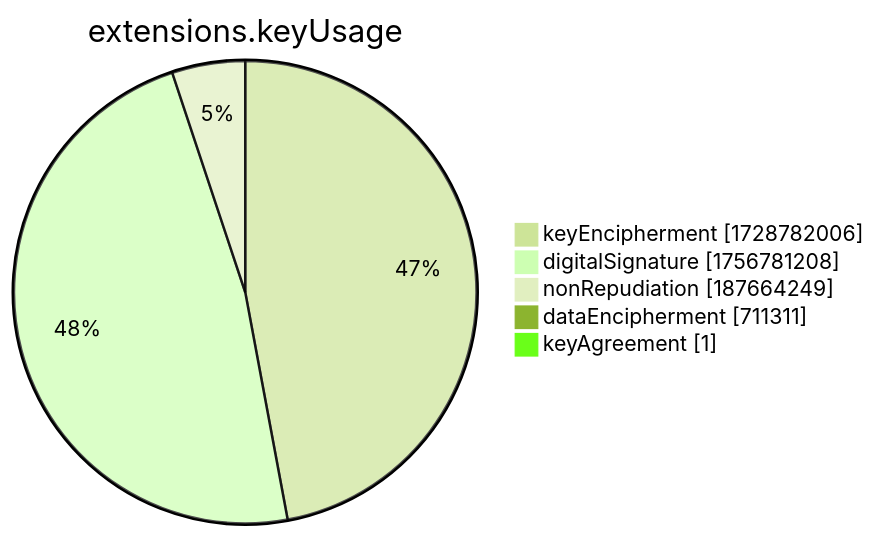
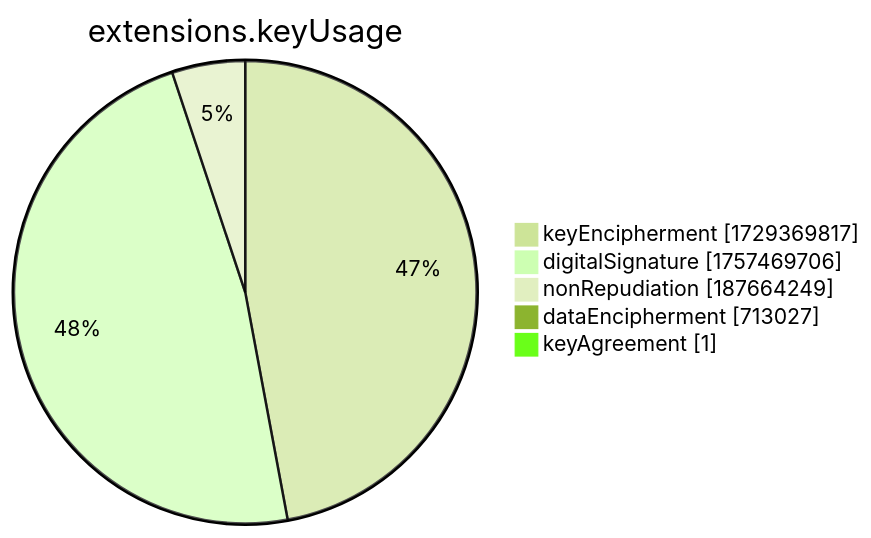
The seventh of 15 diagrams in xenon2022/README.md (christiankrug/ctmonitor_visualization), drawn with Mermaid (forest theme) before and after one commit. The commit also changed other lines of this file, not shown here.

````diff
--- a/xenon2022/README.md
+++ b/xenon2022/README.md
@@ -2859,9 +2859,9 @@
 ```mermaid
 pie showData
 title extensions.keyUsage
-"keyEncipherment" :1728782006
-"digitalSignature" :1756781208
+"keyEncipherment" :1729369817
+"digitalSignature" :1757469706
 "nonRepudiation" :187664249
-"dataEncipherment" :711311
+"dataEncipherment" :713027
 "keyAgreement" :1
 ```
````
